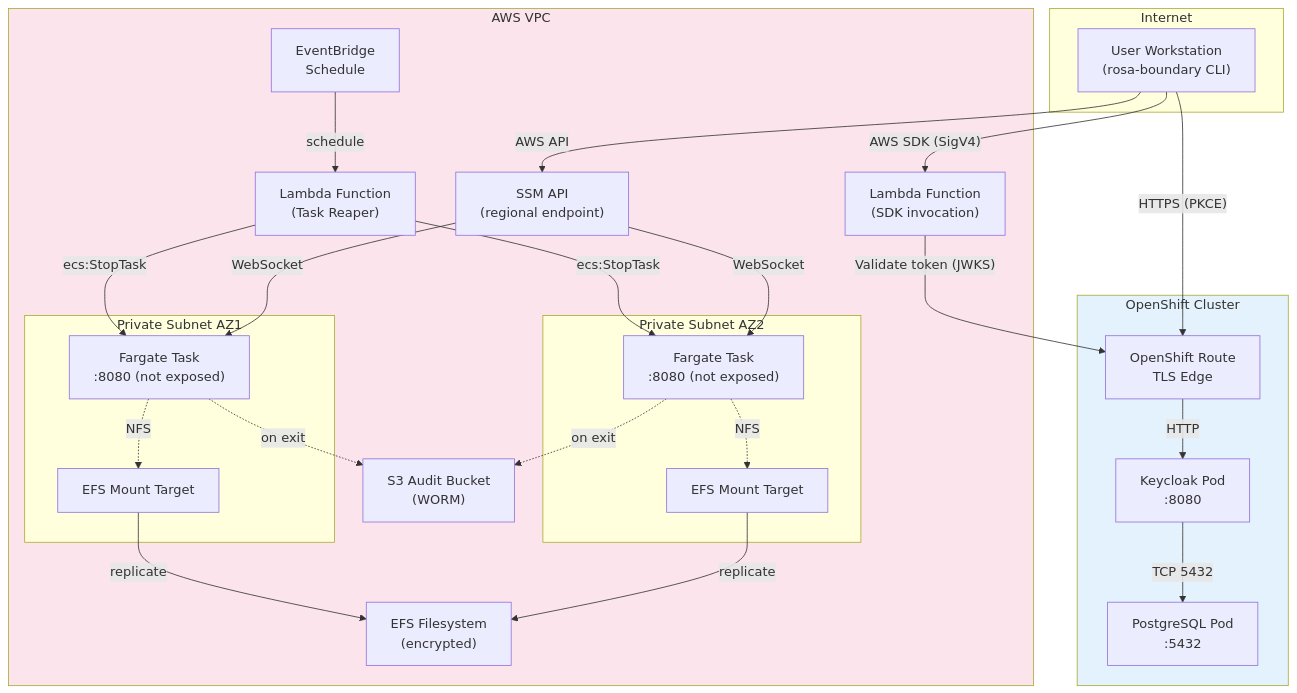
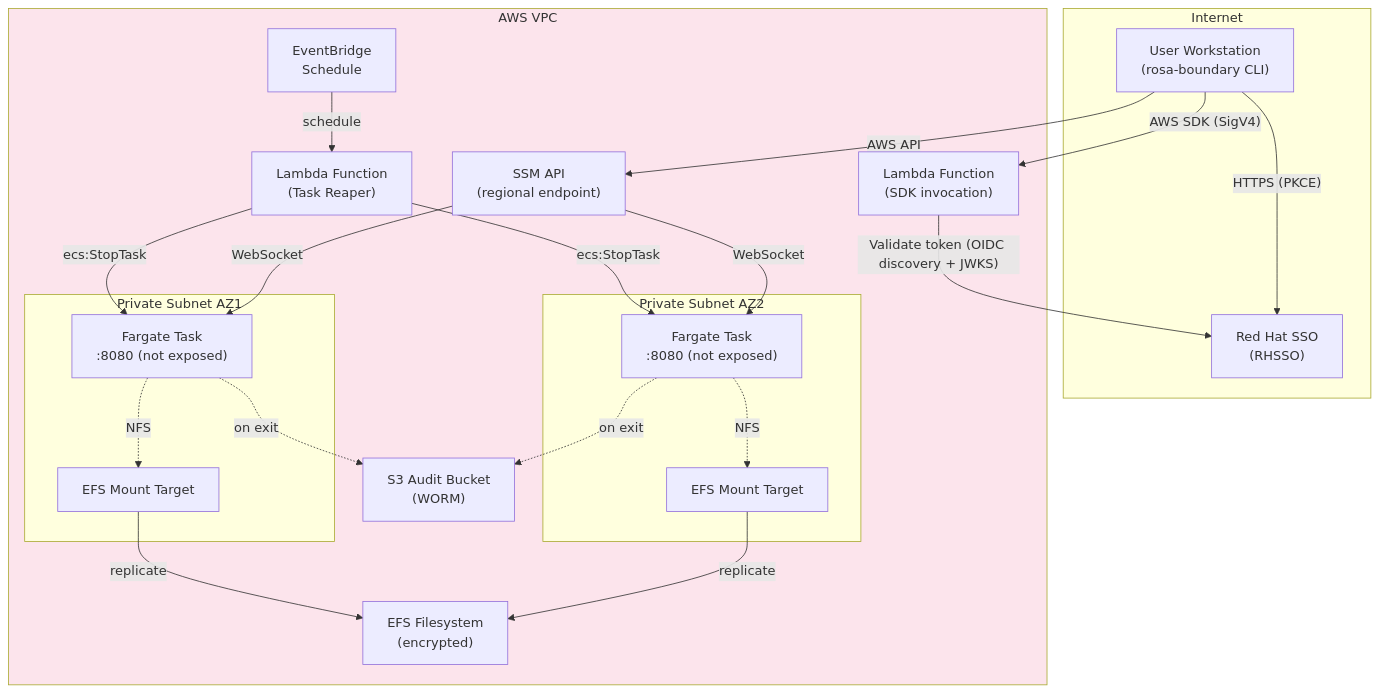
One commit to openshift-online/rosa-boundary changed the fifth of 6 diagrams in docs/architecture/overview.md. Above: the diagram before and after it, drawn with Mermaid. The commit also changed other lines of this file and 39 other files, not shown here.

First line of the commit message:
refactor: replace Keycloak with Red Hat SSO (RHSSO) throughout

````diff
--- a/docs/architecture/overview.md
+++ b/docs/architecture/overview.md
@@ -264,50 +253,42 @@
 ```mermaid
 flowchart TB
     subgraph Internet["Internet"]
         User["User Workstation<br/>(rosa-boundary CLI)"]
-    end
-
-    subgraph OpenShift["OpenShift Cluster"]
-        KC["Keycloak Pod<br/>:8080"]
-        KCDB["PostgreSQL Pod<br/>:5432"]
-        Route["OpenShift Route<br/>TLS Edge"]
+        RHSSO["Red Hat SSO<br/>(RHSSO)"]
     end
 
     subgraph AWS["AWS VPC"]
         Lambda["Lambda Function<br/>(SDK invocation)"]
         Reaper["Lambda Function<br/>(Task Reaper)"]
         EventBridge["EventBridge<br/>Schedule"]
         subgraph Subnet1["Private Subnet AZ1"]
             Fargate1["Fargate Task<br/>:8080 (not exposed)"]
             EFS1["EFS Mount Target"]
         end
         subgraph Subnet2["Private Subnet AZ2"]
             Fargate2["Fargate Task<br/>:8080 (not exposed)"]
             EFS2["EFS Mount Target"]
         end
         EFS["EFS Filesystem<br/>(encrypted)"]
         S3["S3 Audit Bucket<br/>(WORM)"]
         SSM["SSM API<br/>(regional endpoint)"]
     end
 
-    User -->|"HTTPS (PKCE)"| Route
+    User -->|"HTTPS (PKCE)"| RHSSO
     User -->|"AWS SDK (SigV4)"| Lambda
     User -->|AWS API| SSM
-    Route -->|HTTP| KC
-    KC -->|TCP 5432| KCDB
-    Lambda -->|"Validate token (JWKS)"| Route
+    Lambda -->|"Validate token (OIDC discovery + JWKS)"| RHSSO
     EventBridge -->|schedule| Reaper
     Reaper -->|ecs:StopTask| Fargate1
     Reaper -->|ecs:StopTask| Fargate2
     Fargate1 -.->|NFS| EFS1
     Fargate2 -.->|NFS| EFS2
     EFS1 -->|replicate| EFS
     EFS2 -->|replicate| EFS
     Fargate1 -.->|on exit| S3
     Fargate2 -.->|on exit| S3
     SSM -->|WebSocket| Fargate1
     SSM -->|WebSocket| Fargate2
 
-    style OpenShift fill:#e3f2fd
     style AWS fill:#fce4ec
 ```
````
